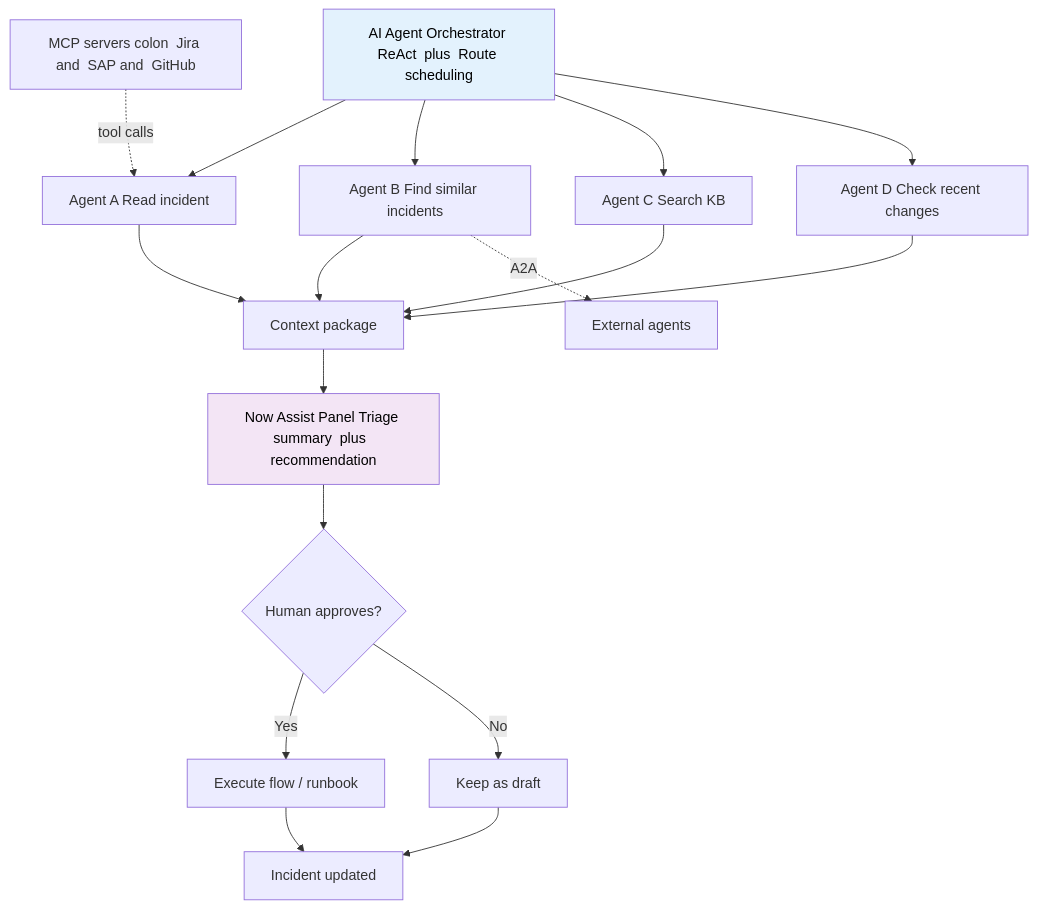
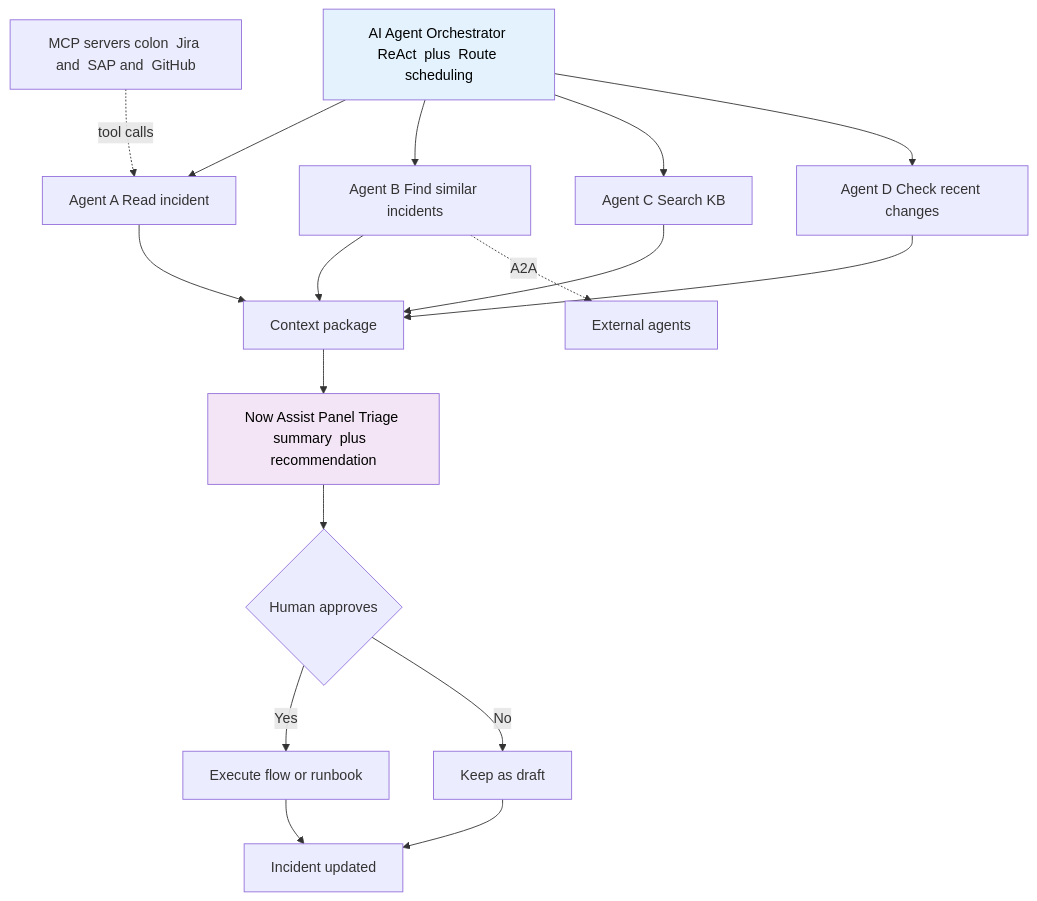
Before and after one commit to eltonaguiar/ServiceNow_Learning_TSOM-_CSM_FSM_SalesCRM_HAM_ITSM: the fifth of 6 diagrams in docs/modules/ai/ai-guide.md, drawn with Mermaid. The commit also changed other lines of this file and 19 other files, not shown here.

First line of the commit message:
Fix Mermaid diagram syntax errors - replace problematic chars in text content only

````diff
--- a/docs/modules/ai/ai-guide.md
+++ b/docs/modules/ai/ai-guide.md
@@ -1157,24 +1157,24 @@
 ```mermaid
 graph TD
     Orch[AI Agent Orchestrator ReAct  plus  Route scheduling] --> A1[Agent A Read incident]
     Orch --> A2[Agent B Find similar incidents]
     Orch --> A3[Agent C Search KB]
     Orch --> A4[Agent D Check recent changes]
 
     A1 --> Merge[Context package]
     A2 --> Merge
     A3 --> Merge
     A4 --> Merge
     Merge --> Panel[Now Assist Panel Triage summary  plus  recommendation]
-    Panel --> Human{Human approves?}
-    Human -->|Yes| Exec[Execute flow / runbook]
+    Panel --> Human{Human approves}
+    Human -->|Yes| Exec[Execute flow  or  runbook]
     Human -->|No| Draft[Keep as draft]
     Exec --> Done[Incident updated]
     Draft --> Done
 
     MCP[MCP servers colon  Jira and  SAP and  GitHub] -.->|tool calls| A1
     A2 -.->|A2A| Ext[External agents]
 
     style Orch fill:#e3f2fd,color:#000
     style Panel fill:#f3e5f5,color:#000
 ```
````
